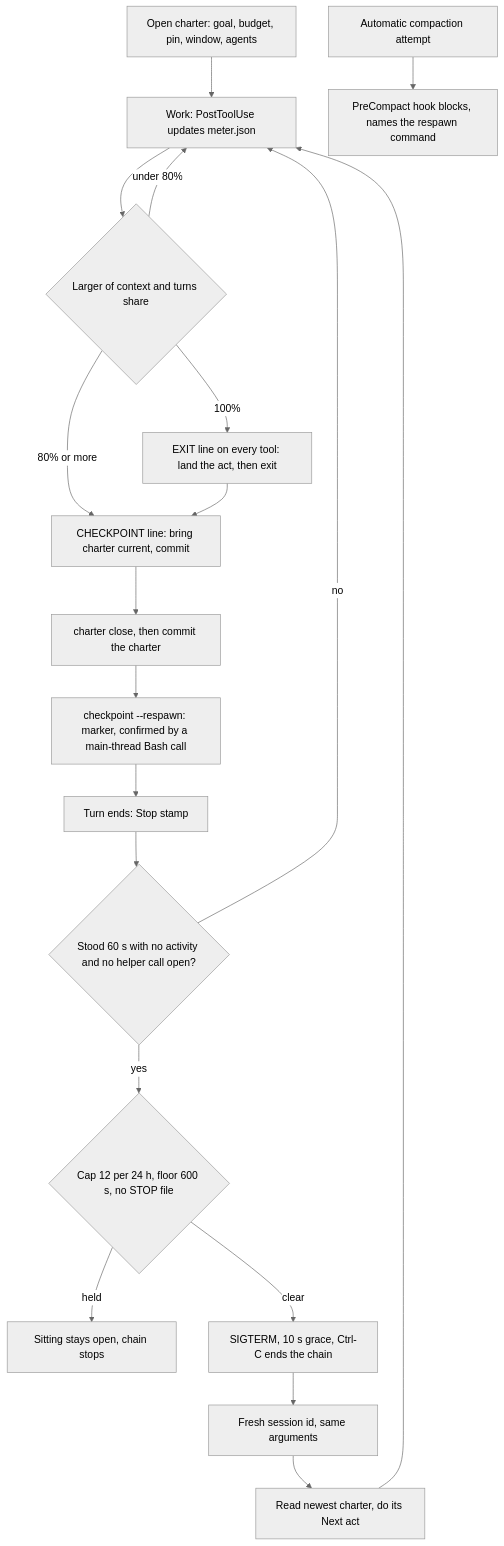
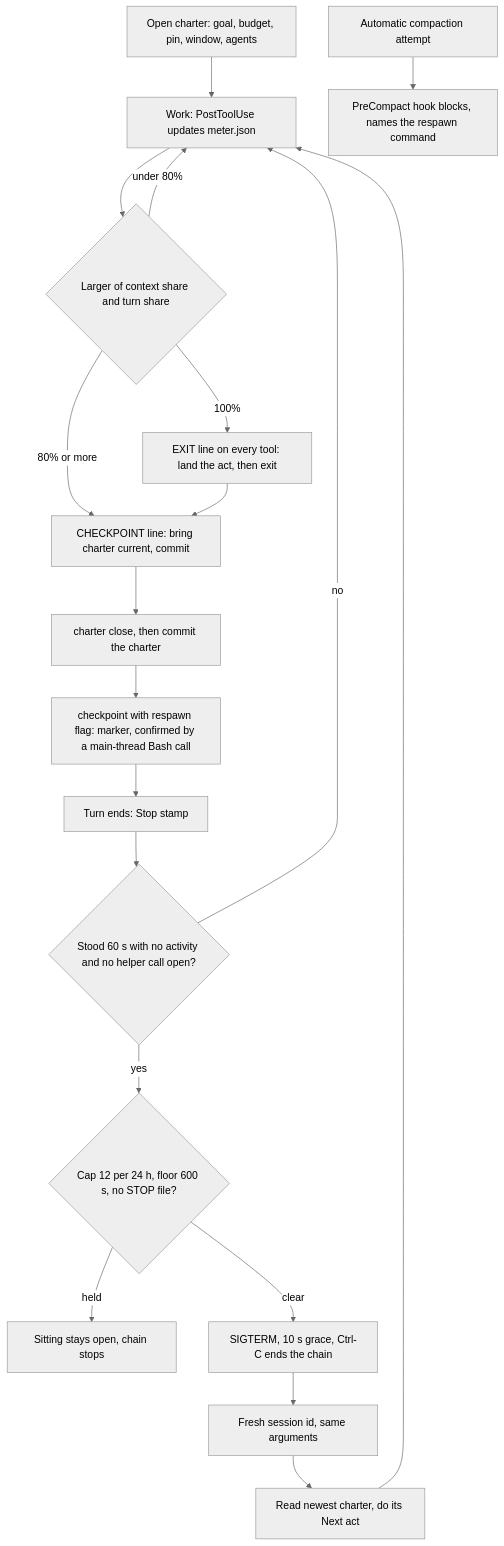
The diagram in research/synthesis/tools-session.md (agentik-dev/agentik-research), drawn with Mermaid (neutral theme) before and after one commit. The commit also changed other lines of this file and 15 other files, not shown here.

Commit message:
phase 1 checkpoint: the decisions synthesis and its source notes

````diff
--- a/research/synthesis/tools-session.md
+++ b/research/synthesis/tools-session.md
@@ -79,21 +81,21 @@
 ```mermaid
 flowchart TD
-  A[Open charter: goal, budget, pin, window, agents] --> B[Work: PostToolUse updates meter.json]
-  B --> C{Larger of context and turns share}
-  C -->|under 80%| B
-  C -->|80% or more| D[CHECKPOINT line: bring charter current, commit]
-  C -->|100%| X[EXIT line on every tool: land the act, then exit]
+  A["Open charter: goal, budget, pin, window, agents"] --> B["Work: PostToolUse updates meter.json"]
+  B --> C{"Larger of context share and turn share"}
+  C -->|"under 80%"| B
+  C -->|"80% or more"| D["CHECKPOINT line: bring charter current, commit"]
+  C -->|"100%"| X["EXIT line on every tool: land the act, then exit"]
   X --> D
-  D --> E[charter close, then commit the charter]
-  E --> F[checkpoint --respawn: marker, confirmed by a main-thread Bash call]
-  F --> G[Turn ends: Stop stamp]
-  G --> H{Stood 60 s with no activity and no helper call open?}
-  H -->|no| B
-  H -->|yes| I{Cap 12 per 24 h, floor 600 s, no STOP file}
-  I -->|held| S[Sitting stays open, chain stops]
-  I -->|clear| J[SIGTERM, 10 s grace, Ctrl-C ends the chain]
-  J --> K[Fresh session id, same arguments]
-  K --> L[Read newest charter, do its Next act]
+  D --> E["charter close, then commit the charter"]
+  E --> F["checkpoint with respawn flag: marker, confirmed by a main-thread Bash call"]
+  F --> G["Turn ends: Stop stamp"]
+  G --> H{"Stood 60 s with no activity and no helper call open?"}
+  H -->|"no"| B
+  H -->|"yes"| I{"Cap 12 per 24 h, floor 600 s, no STOP file?"}
+  I -->|"held"| S["Sitting stays open, chain stops"]
+  I -->|"clear"| J["SIGTERM, 10 s grace, Ctrl-C ends the chain"]
+  J --> K["Fresh session id, same arguments"]
+  K --> L["Read newest charter, do its Next act"]
   L --> B
-  P[Automatic compaction attempt] --> Q[PreCompact hook blocks, names the respawn command]
+  P["Automatic compaction attempt"] --> Q["PreCompact hook blocks, names the respawn command"]
 ```
````
